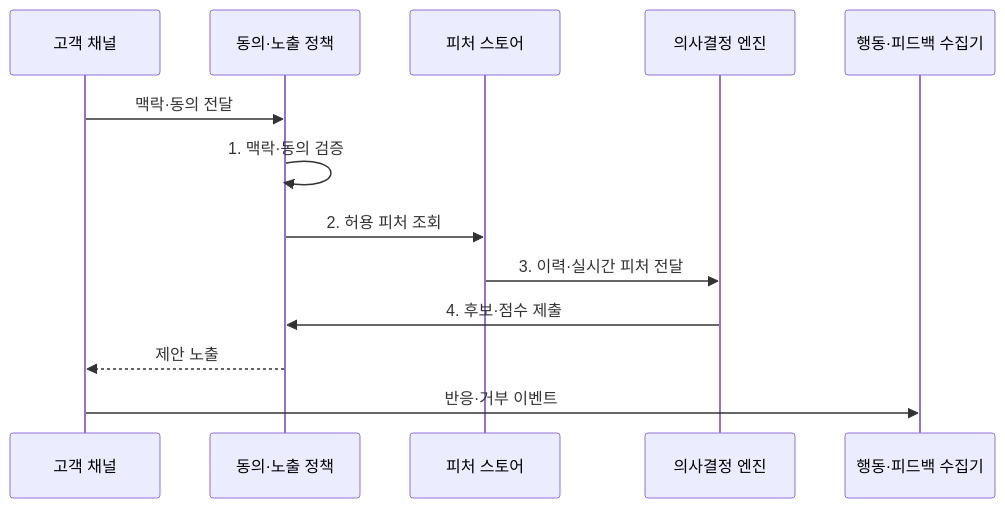
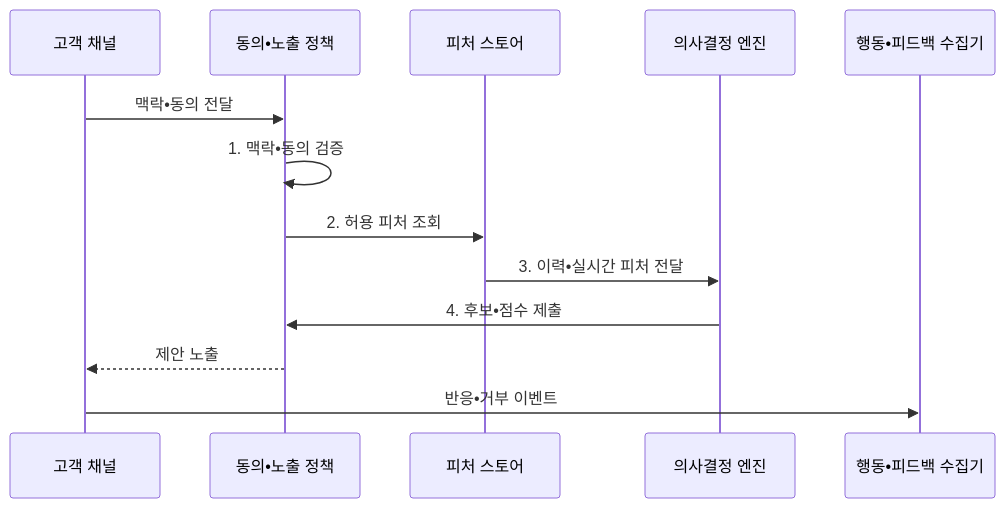
The second of 2 diagrams in src/content/docs/notes/03-software/210_hyper_personalization_service.md (agnusdei1207/knowledge-base), drawn with Mermaid before and after one commit. The commit also changed other lines of this file and 953 other files, not shown here.

````diff
--- a/src/content/docs/notes/03-software/210_hyper_personalization_service.md
+++ b/src/content/docs/notes/03-software/210_hyper_personalization_service.md
@@ -108,17 +108,17 @@
 ```mermaid
 sequenceDiagram
     participant C as 고객 채널
-    participant P as 동의·노출 정책
+    participant P as 동의•노출 정책
     participant F as 피처 스토어
     participant D as 의사결정 엔진
-    participant O as 행동·피드백 수집기
-    C->>P: 맥락·동의 전달
-    P->>P: 1. 맥락·동의 검증
+    participant O as 행동•피드백 수집기
+    C->>P: 맥락•동의 전달
+    P->>P: 1. 맥락•동의 검증
     P->>F: 2. 허용 피처 조회
-    F->>D: 3. 이력·실시간 피처 전달
-    D->>P: 4. 후보·점수 제출
+    F->>D: 3. 이력•실시간 피처 전달
+    D->>P: 4. 후보•점수 제출
     P-->>C: 제안 노출
-    C->>O: 반응·거부 이벤트
+    C->>O: 반응•거부 이벤트
 
 
 ```
````
